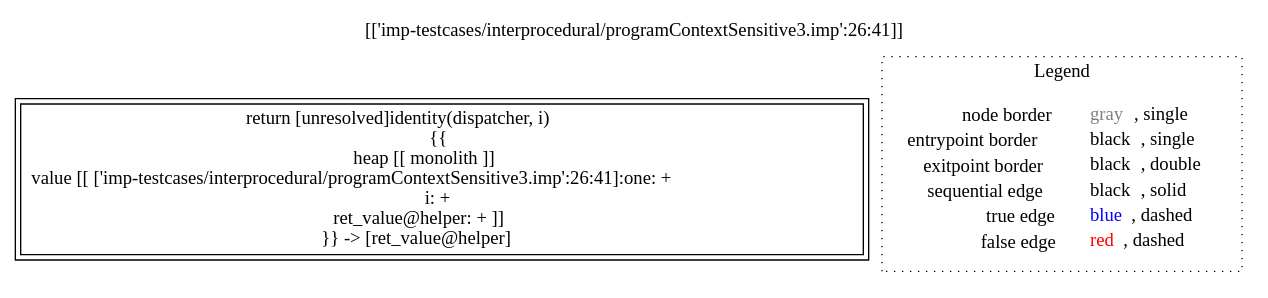
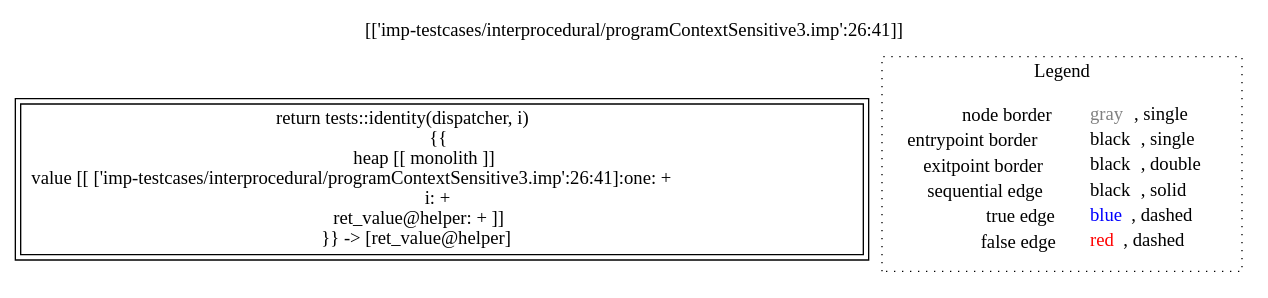
Before and after one commit to lisa-analyzer/lisa: the diagram in lisa/lisa-core/imp-testcases/interprocedural/RTAContextSensitive4/analysis___-891423586_untyped_tests.helper(tests_this,_untyped_i,_untyped_dispatcher).dot, drawn with Graphviz. The commit also changed 42 other files, not shown here.

```diff
--- a/lisa/lisa-core/imp-testcases/interprocedural/RTAContextSensitive4/analysis___-891423586_untyped_tests.helper(tests_this,_untyped_i,_untyped_dispatcher).dot
+++ b/lisa/lisa-core/imp-testcases/interprocedural/RTAContextSensitive4/analysis___-891423586_untyped_tests.helper(tests_this,_untyped_i,_untyped_dispatcher).dot
@@ -1,12 +1,12 @@
 digraph {
 	labelloc="t";
 	label="[['imp-testcases/interprocedural/programContextSensitive3.imp':26:41]]";
-	"node0" [shape="rect",color="black",peripheries="2",label=<return [unresolved]identity(dispatcher, i)<BR/>{{<BR/>heap [[ monolith ]]<BR/>value [[ ['imp-testcases/interprocedural/programContextSensitive3.imp':26:41]:one: +<BR/>i: +<BR/>ret_value@helper: + ]]<BR/>}} -&gt; [ret_value@helper]>];
+	"node0" [shape="rect",color="black",peripheries="2",label=<return tests::identity(dispatcher, i)<BR/>{{<BR/>heap [[ monolith ]]<BR/>value [[ ['imp-testcases/interprocedural/programContextSensitive3.imp':26:41]:one: +<BR/>i: +<BR/>ret_value@helper: + ]]<BR/>}} -&gt; [ret_value@helper]>];
 subgraph cluster_legend {
 	label="Legend";
 	style=dotted;
 	node [shape=plaintext];
 	"legend" [label=<<table border="0" cellpadding="2" cellspacing="0" cellborder="0"><tr><td align="right">node border&nbsp;</td><td align="left"><font color="gray">gray</font>, single</td></tr><tr><td align="right">entrypoint border&nbsp;</td><td align="left"><font color="black">black</font>, single</td></tr><tr><td align="right">exitpoint border&nbsp;</td><td align="left"><font color="black">black</font>, double</td></tr><tr><td align="right">sequential edge&nbsp;</td><td align="left"><font color="black">black</font>, solid</td></tr><tr><td align="right">true edge&nbsp;</td><td align="left"><font color="blue">blue</font>, dashed</td></tr><tr><td align="right">false edge&nbsp;</td><td align="left"><font color="red">red</font>, dashed</td></tr></table>>];
 }
 
 }
```
